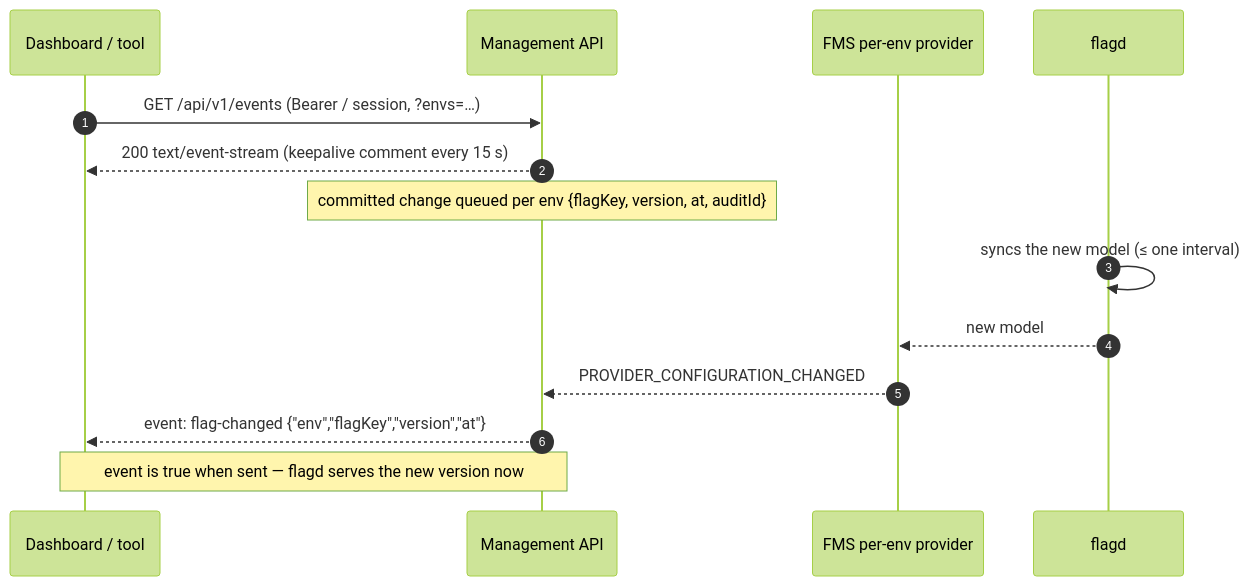
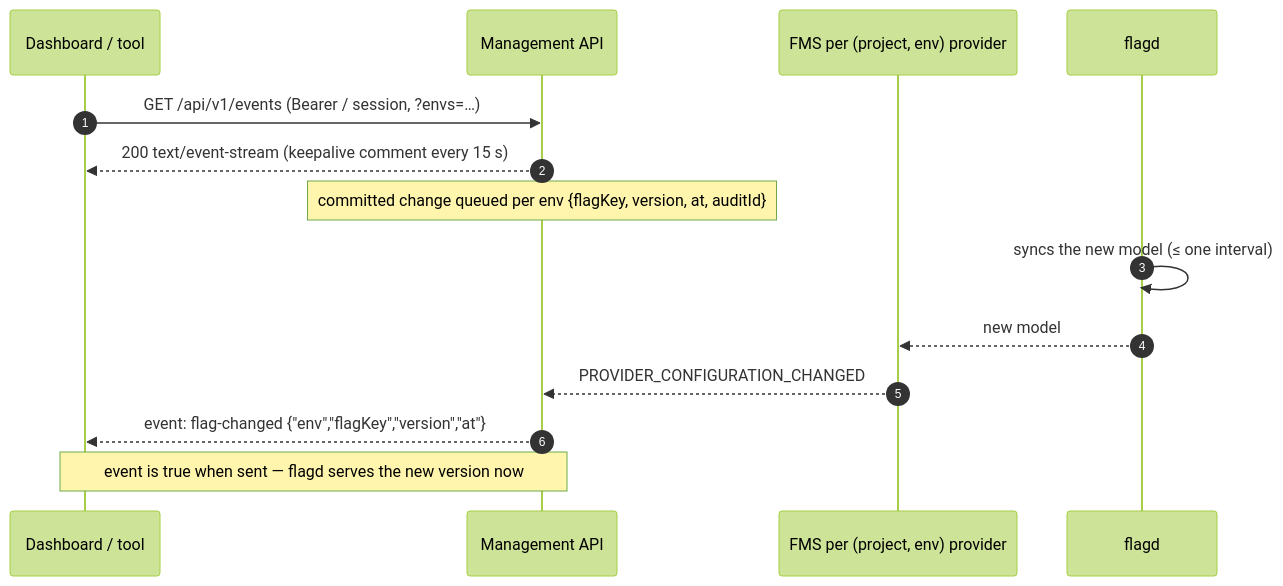
One commit to kokhoui83/flag-management-system-v2 changed the fifth of 5 diagrams in docs/02-architecture.md. Above: the diagram before and after it, drawn with Mermaid (forest theme). The commit also changed other lines of this file and 6 other files, not shown here.

````diff
--- a/docs/02-architecture.md
+++ b/docs/02-architecture.md
@@ -286,17 +293,17 @@
 ```mermaid
 sequenceDiagram
     autonumber
     participant C as Dashboard / tool
     participant API as Management API
-    participant P as FMS per-env provider
+    participant P as FMS per (project, env) provider
     participant F as flagd
 
     C->>API: GET /api/v1/events (Bearer / session, ?envs=…)
     API-->>C: 200 text/event-stream (keepalive comment every 15 s)
     Note over API: committed change queued per env {flagKey, version, at, auditId}
     F->>F: syncs the new model (≤ one interval)
     F-->>P: new model
     P-->>API: PROVIDER_CONFIGURATION_CHANGED
     API-->>C: event: flag-changed {"env","flagKey","version","at"}
     Note over C,API: event is true when sent — flagd serves the new version now
 ```
````
